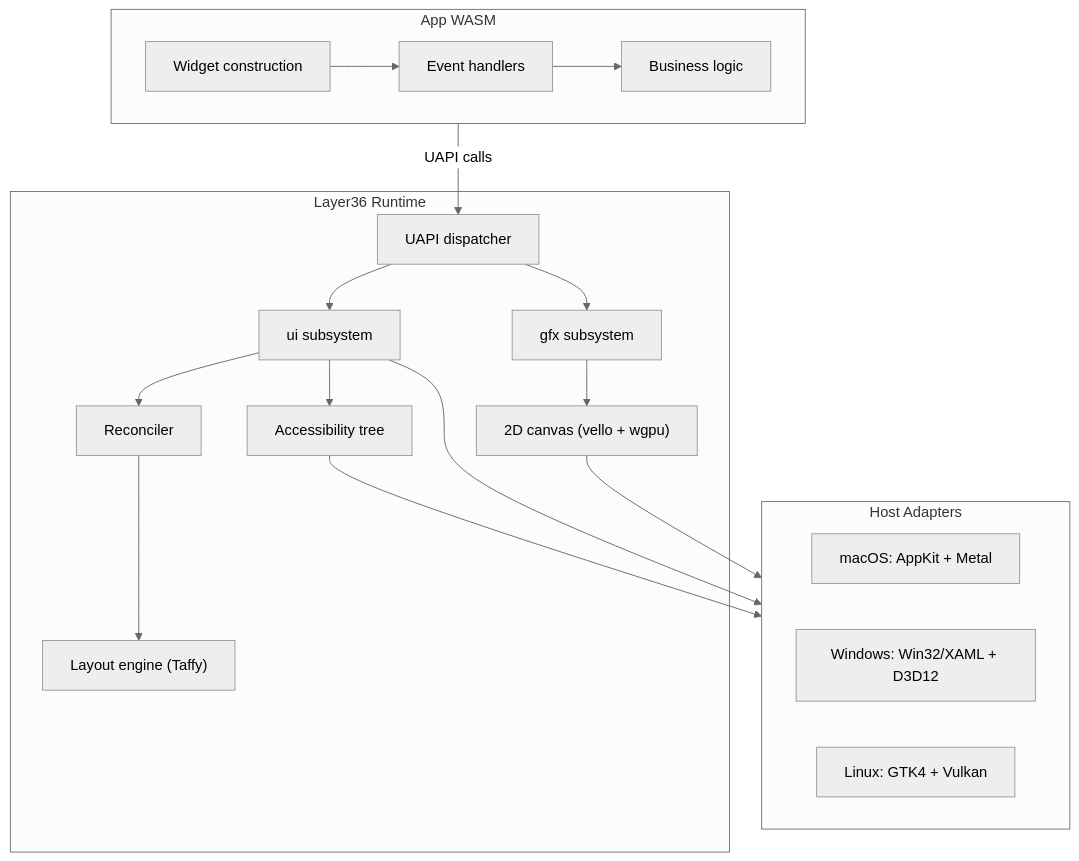
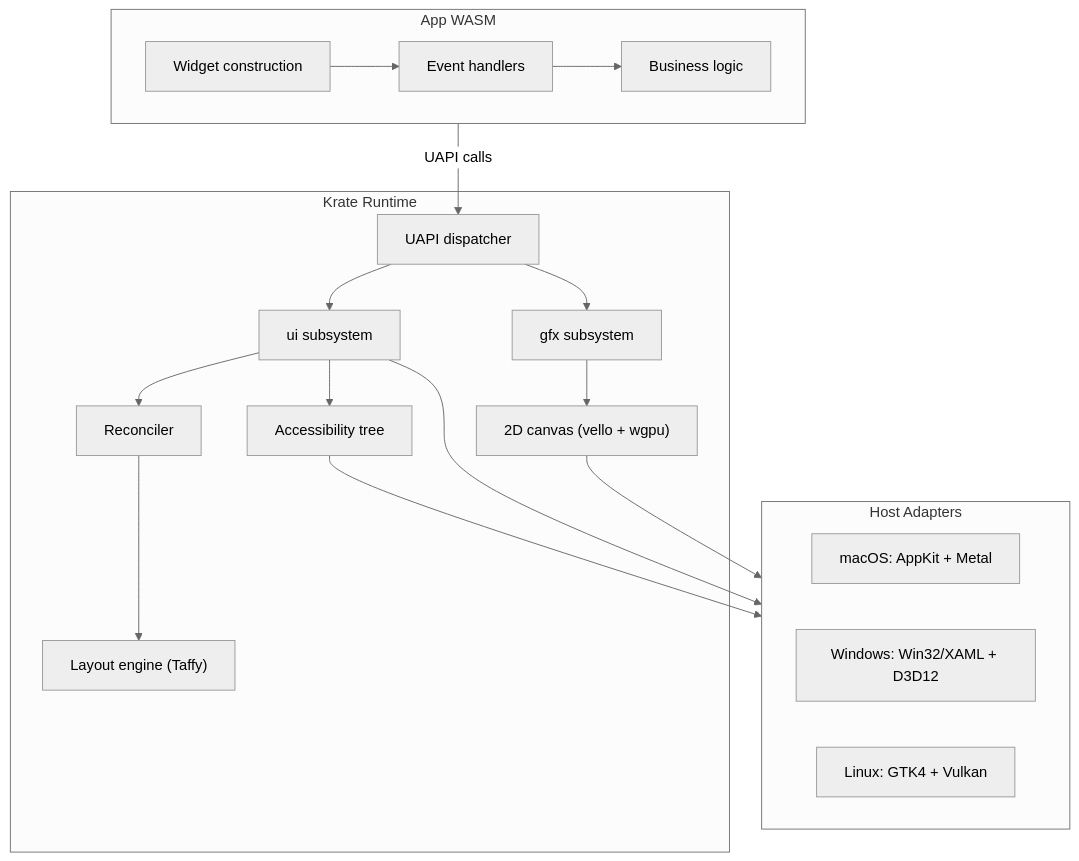
The first of 8 diagrams in Plan/Phase-3-Plan.md (incyashraj/krate), drawn with Mermaid (neutral theme) before and after one commit. The commit also changed other lines of this file and 342 other files, not shown here.

First line of the commit message:
feat!: rename Layer36 to Krate across the entire system (A9 Phase B)

````diff
--- a/Plan/Phase-3-Plan.md
+++ b/Plan/Phase-3-Plan.md
@@ -231,35 +231,35 @@
 ```mermaid
 flowchart TB
     subgraph App["App WASM"]
         A1["Widget construction"]
         A2["Event handlers"]
         A3["Business logic"]
         A1 --> A2 --> A3
     end
 
-    subgraph RT["Layer36 Runtime"]
+    subgraph RT["Krate Runtime"]
         DISP["UAPI dispatcher"]
         UI["ui subsystem"]
         GFX["gfx subsystem"]
         RECON["Reconciler"]
         LAY["Layout engine (Taffy)"]
         VEL["2D canvas (vello + wgpu)"]
         A11Y["Accessibility tree"]
         UI --> RECON --> LAY
         GFX --> VEL
         UI --> A11Y
     end
 
     subgraph HA["Host Adapters"]
         MAC["macOS: AppKit + Metal"]
         WIN["Windows: Win32/XAML + D3D12"]
         LIN["Linux: GTK4 + Vulkan"]
     end
 
     App -- UAPI calls --> DISP
     DISP --> UI
     DISP --> GFX
     UI --> HA
     VEL --> HA
     A11Y --> HA
 ```
````
